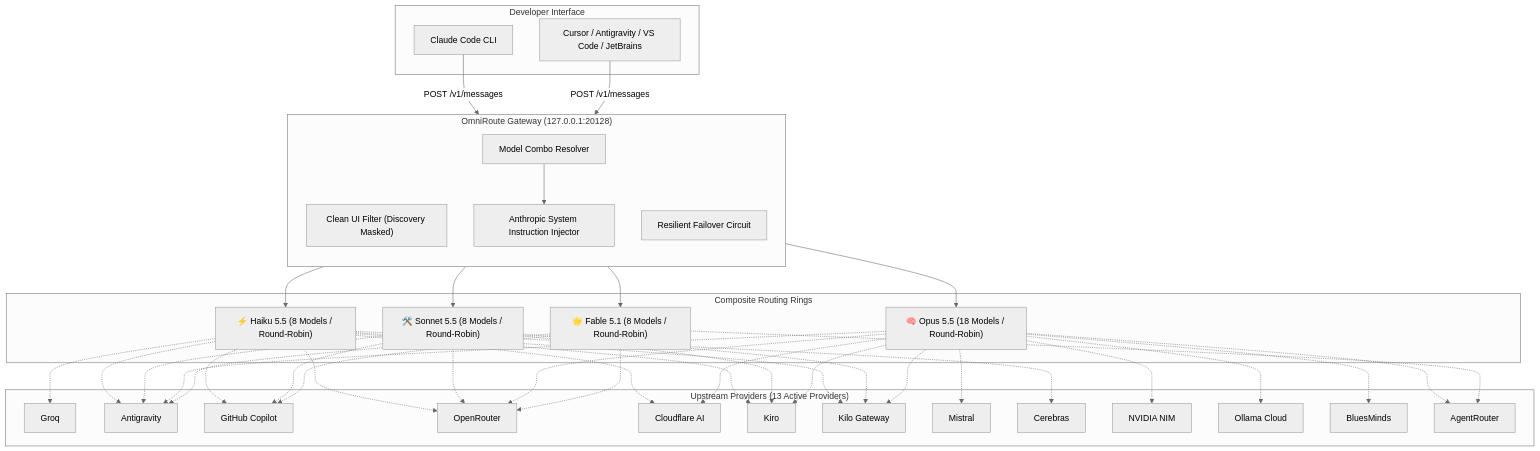
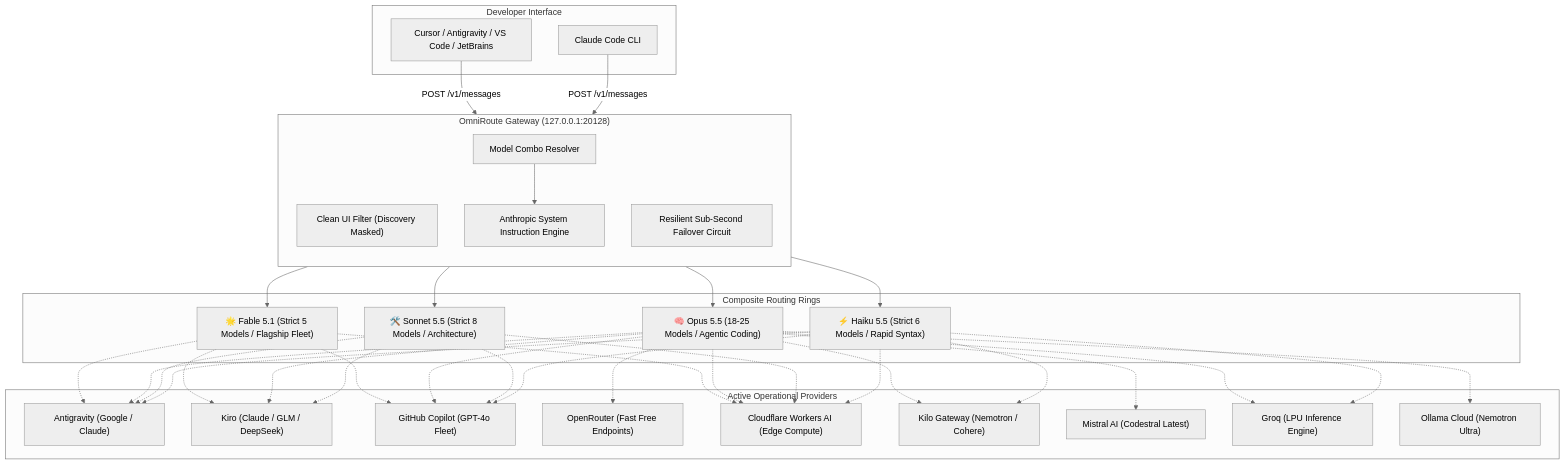
One commit to mahik504/limitless-claude changed the diagram in README.md. Above: the diagram before and after it, drawn with Mermaid (neutral theme). The commit also changed other lines of this file and 4 other files, not shown here.

Commit message:
feat(v6.1.0): enforce strict tier quotas, embed authentic leaked system prompts, and optimize low-latency routing

````diff
--- a/README.md
+++ b/README.md
@@ -40,47 +44,43 @@
 ```mermaid
 flowchart TD
     subgraph Client["Developer Interface"]
         CLI["Claude Code CLI"]
         IDE["Cursor / Antigravity / VS Code / JetBrains"]
     end
 
     subgraph Gateway["OmniRoute Gateway (127.0.0.1:20128)"]
         direction TB
         DISCOVERY["Clean UI Filter (Discovery Masked)"]
         ROUTER["Model Combo Resolver"]
-        SYSTEM_ENG["Anthropic System Instruction Injector"]
-        FAILOVER["Resilient Failover Circuit"]
+        SYSTEM_ENG["Anthropic System Instruction Engine"]
+        FAILOVER["Resilient Sub-Second Failover Circuit"]
     end
 
     subgraph Tiers["Composite Routing Rings"]
-        HAIKU["⚡ Haiku 5.5 (8 Models / Round-Robin)"]
-        SONNET["🛠️ Sonnet 5.5 (8 Models / Round-Robin)"]
-        OPUS["🧠 Opus 5.5 (18 Models / Round-Robin)"]
-        FABLE["🌟 Fable 5.1 (8 Models / Round-Robin)"]
+        HAIKU["⚡ Haiku 5.5 (Strict 6 Models / Rapid Syntax)"]
+        SONNET["🛠️ Sonnet 5.5 (Strict 8 Models / Architecture)"]
+        OPUS["🧠 Opus 5.5 (18-25 Models / Agentic Coding)"]
+        FABLE["🌟 Fable 5.1 (Strict 5 Models / Flagship Fleet)"]
     end
 
-    subgraph Upstream["Upstream Providers (13 Active Providers)"]
-        P_GROQ["Groq"]
-        P_AGY["Antigravity"]
-        P_GH["GitHub Copilot"]
-        P_OR["OpenRouter"]
-        P_CF["Cloudflare AI"]
-        P_KR["Kiro"]
-        P_KG["Kilo Gateway"]
-        P_MIST["Mistral"]
-        P_CER["Cerebras"]
-        P_NVI["NVIDIA NIM"]
-        P_OLL["Ollama Cloud"]
-        P_BM["BluesMinds"]
-        P_AR["AgentRouter"]
+    subgraph Upstream["Active Operational Providers"]
+        P_AGY["Antigravity (Google / Claude)"]
+        P_KR["Kiro (Claude / GLM / DeepSeek)"]
+        P_GH["GitHub Copilot (GPT-4o Fleet)"]
+        P_OR["OpenRouter (Fast Free Endpoints)"]
+        P_CF["Cloudflare Workers AI (Edge Compute)"]
+        P_KG["Kilo Gateway (Nemotron / Cohere)"]
+        P_MIST["Mistral AI (Codestral Latest)"]
+        P_GROQ["Groq (LPU Inference Engine)"]
+        P_OLL["Ollama Cloud (Nemotron Ultra)"]
     end
 
     CLI -->|POST /v1/messages| ROUTER
     IDE -->|POST /v1/messages| ROUTER
     ROUTER --> SYSTEM_ENG
     SYSTEM_ENG --> HAIKU & SONNET & OPUS & FABLE
-    HAIKU -.-> P_GROQ & P_AGY & P_OR & P_GH & P_CF & P_CER & P_KR & P_KG
-    SONNET -.-> P_GH & P_OR & P_KR & P_AGY & P_KG
-    OPUS -.-> P_AR & P_OR & P_OLL & P_KR & P_CF & P_MIST & P_AGY & P_BM & P_NVI & P_KG
-    FABLE -.-> P_GH & P_OR & P_AGY & P_AR
+    HAIKU -.-> P_AGY & P_GROQ & P_CF & P_KG & P_GH
+    SONNET -.-> P_KR & P_AGY & P_CF & P_GH
+    OPUS -.-> P_MIST & P_AGY & P_KR & P_CF & P_GROQ & P_KG & P_OLL & P_GH & P_OR
+    FABLE -.-> P_AGY & P_KR & P_GH & P_CF
 ```
````
